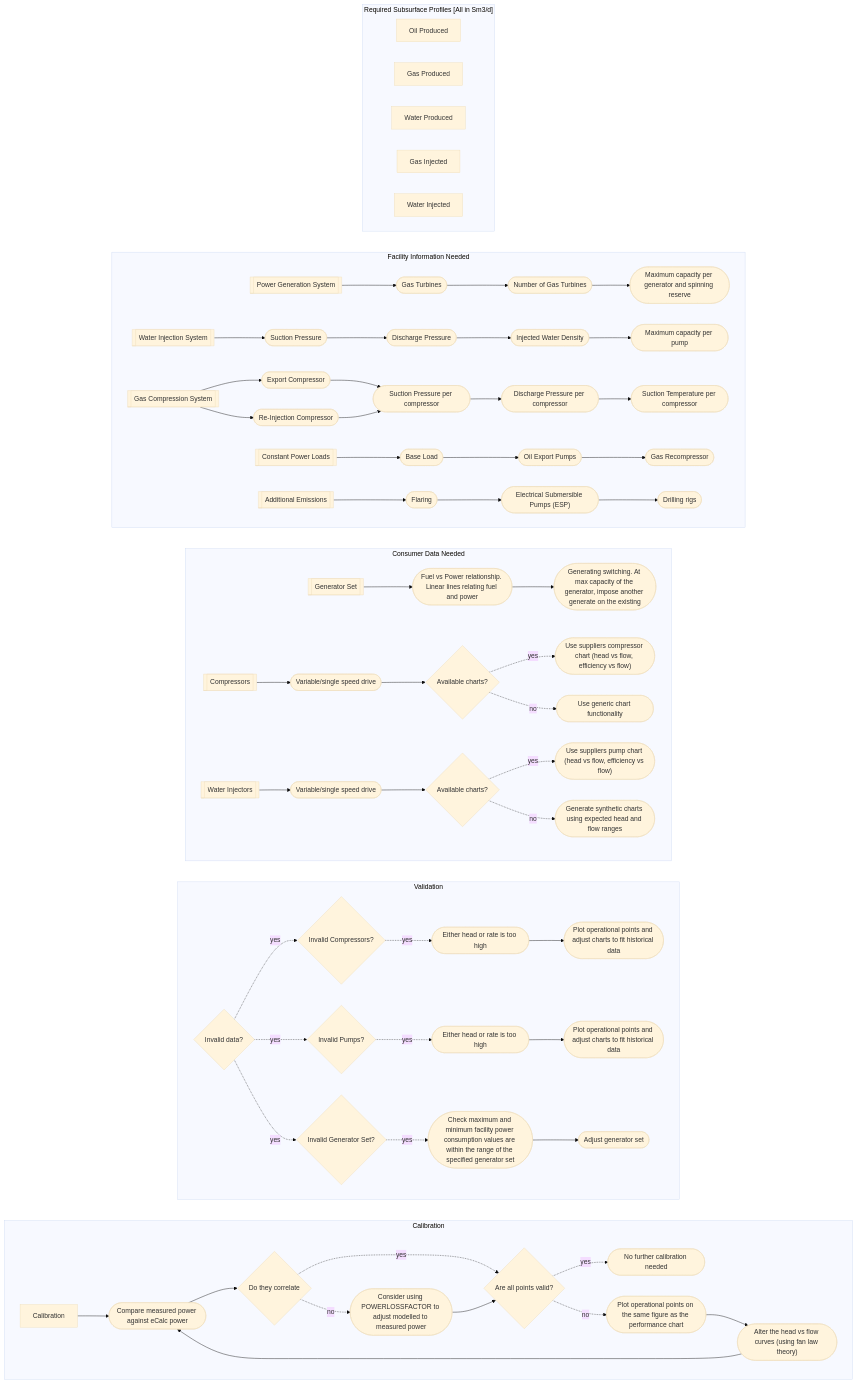
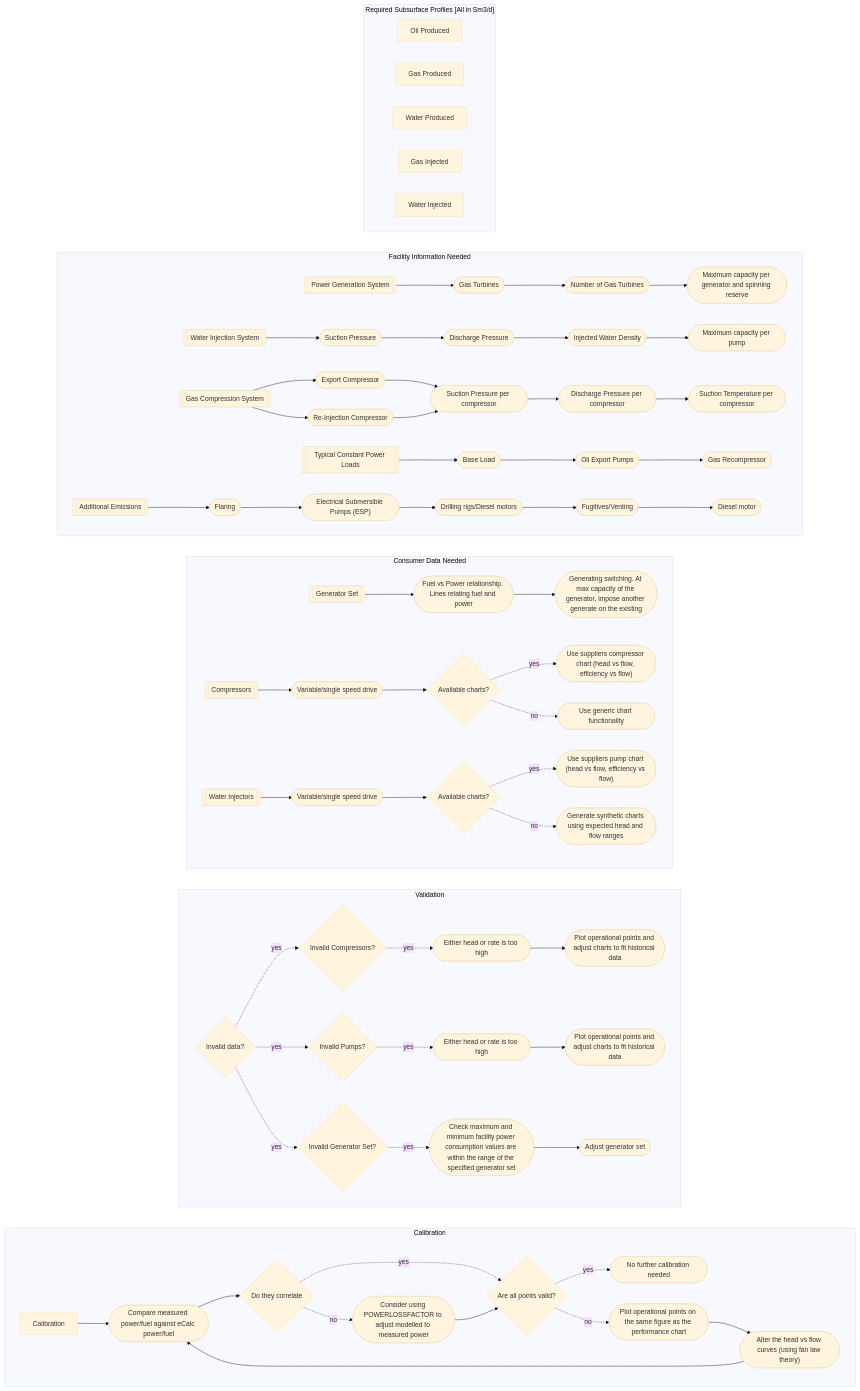
Before and after one commit to equinor/ecalc: the diagram in docs/docs/about/modelling/workflow/generic_workflow.md, drawn with Mermaid (base theme). The commit also changed other lines of this file, not shown here.

```diff
--- a/docs/docs/about/modelling/workflow/generic_workflow.md
+++ b/docs/docs/about/modelling/workflow/generic_workflow.md
@@ -41,19 +41,21 @@
           ide2_D_1_1 -->ide2_D_2
           ide2_D_2 --> ide2_D_3(["`Discharge Pressure per compressor`"]);
           ide2_D_3 --> ide2_D_4(["`Suction Temperature per compressor`"]);
-          ide2_C[["Constant Power Loads"]] --> ide2_C_1(["`Base Load`"]);
+          ide2_C[["Typical Constant Power Loads"]] --> ide2_C_1(["`Base Load`"]);
           ide2_C_1 --> ide2_C_2(["`Oil Export Pumps`"]);
           ide2_C_2 --> ide2_C_3(["`Gas Recompressor`"])
     
           ide2_E[[Additional Emissions]] --> ide2_E_1([Flaring]);
           ide2_E_1 --> ide2_E_2(["`Electrical Submersible Pumps (ESP)`"])
-          ide2_E_2 --> ide2_E_3(["`Drilling rigs`"])
+          ide2_E_2 --> ide2_E_3(["`Drilling rigs/Diesel motors`"])
+          ide2_E_3 --> ide2_E_4(["`Fugitives/Venting`"])
+          ide2_E_4 --> ide2_E_5(["`Diesel motor`"])
       
       end
 
       subgraph ide3 ["Consumer Data Needed"]
 
-          ide3_A[[Generator Set]]--> ide3_A_1(["`Fuel vs Power relationship. Linear lines relating fuel and power`"]);
+          ide3_A[[Generator Set]]--> ide3_A_1(["`Fuel vs Power relationship. Lines relating fuel and power`"]);
           ide3_A_1 --> ide3_A_2(["`Generating switching. At max capacity of the generator, impose another generate on the existing`"]);
     
           ide3_B[[Compressors]] --> ide3_B_1(["`Variable/single speed drive`"]);
@@ -88,7 +90,7 @@
 
       subgraph ide5 ["Calibration"]
 
-          ide5_A["`Calibration`"] --> ide5_A_1(["`Compare measured power against eCalc power`"]) ;
+          ide5_A["`Calibration`"] --> ide5_A_1(["`Compare measured power/fuel against eCalc power/fuel`"]) ;
           ide5_A_1 --> ide5_A_2{"`Do they correlate`"}
           ide5_A_2 -. yes .-> ide5_A_3_1{"`Are all points valid?`"};
           ide5_A_3_1 -. yes .-> ide5_A_3_2(["`No further calibration needed`"])
```
